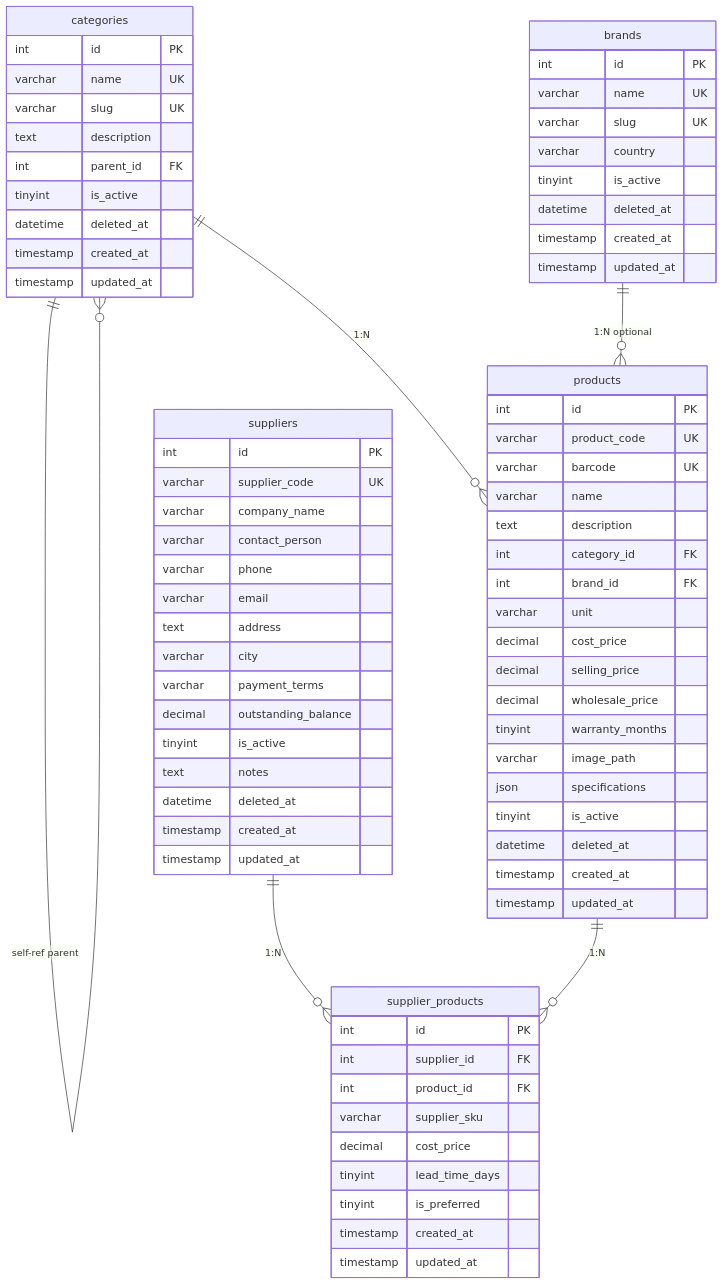
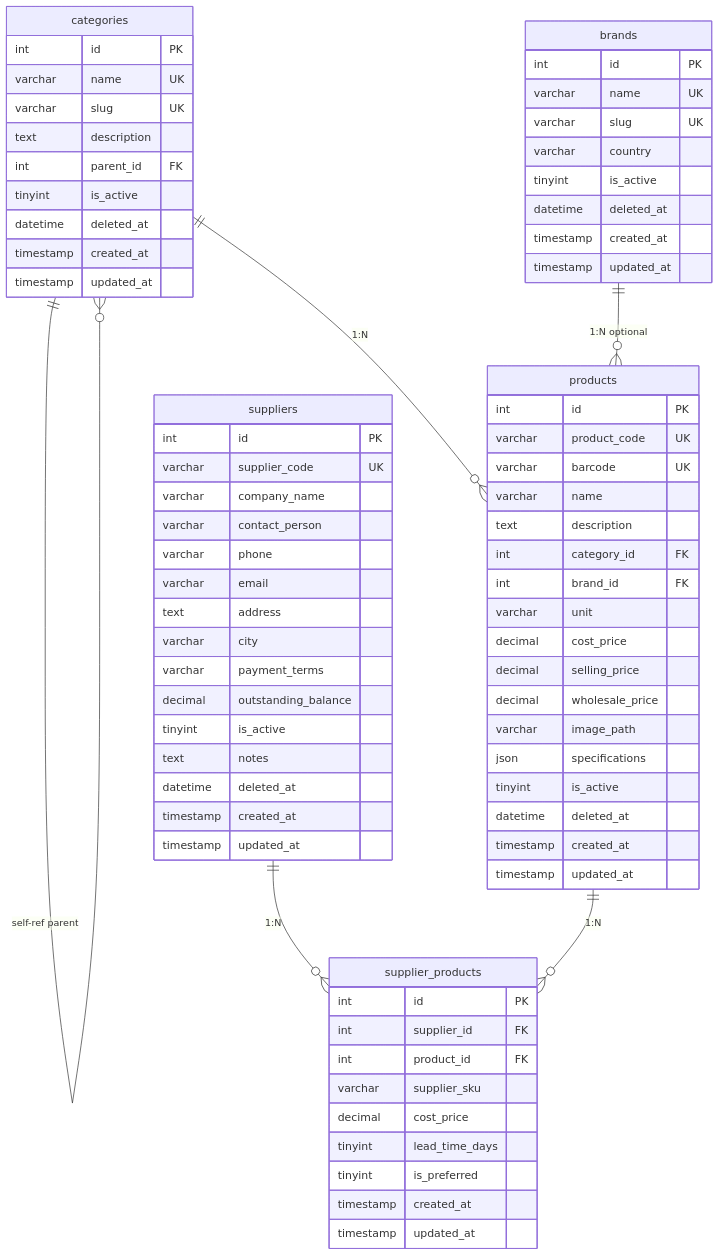
One commit to induwarauthsara/AutoPartFlow-ERP changed the fourth of 11 diagrams in database/ER-DIAGRAM.md. Above: the diagram before and after it, drawn with Mermaid. The commit also changed 18 other files, not shown here.

````diff
--- a/database/ER-DIAGRAM.md
+++ b/database/ER-DIAGRAM.md
@@ -246,82 +246,81 @@
 ```mermaid
 erDiagram
     categories {
         int id PK
         varchar name UK
         varchar slug UK
         text description
         int parent_id FK
         tinyint is_active
         datetime deleted_at
         timestamp created_at
         timestamp updated_at
     }
 
     brands {
         int id PK
         varchar name UK
         varchar slug UK
         varchar country
         tinyint is_active
         datetime deleted_at
         timestamp created_at
         timestamp updated_at
     }
 
     products {
         int id PK
         varchar product_code UK
         varchar barcode UK
         varchar name
         text description
         int category_id FK
         int brand_id FK
         varchar unit
         decimal cost_price
         decimal selling_price
         decimal wholesale_price
-        tinyint warranty_months
         varchar image_path
         json specifications
         tinyint is_active
         datetime deleted_at
         timestamp created_at
         timestamp updated_at
     }
 
     suppliers {
         int id PK
         varchar supplier_code UK
         varchar company_name
         varchar contact_person
         varchar phone
         varchar email
         text address
         varchar city
         varchar payment_terms
         decimal outstanding_balance
         tinyint is_active
         text notes
         datetime deleted_at
         timestamp created_at
         timestamp updated_at
     }
 
     supplier_products {
         int id PK
         int supplier_id FK
         int product_id FK
         varchar supplier_sku
         decimal cost_price
         tinyint lead_time_days
         tinyint is_preferred
         timestamp created_at
         timestamp updated_at
     }
 
     categories ||--o{ categories : "self-ref parent"
     categories ||--o{ products : "1:N"
     brands ||--o{ products : "1:N optional"
     suppliers ||--o{ supplier_products : "1:N"
     products ||--o{ supplier_products : "1:N"
 ```
````
